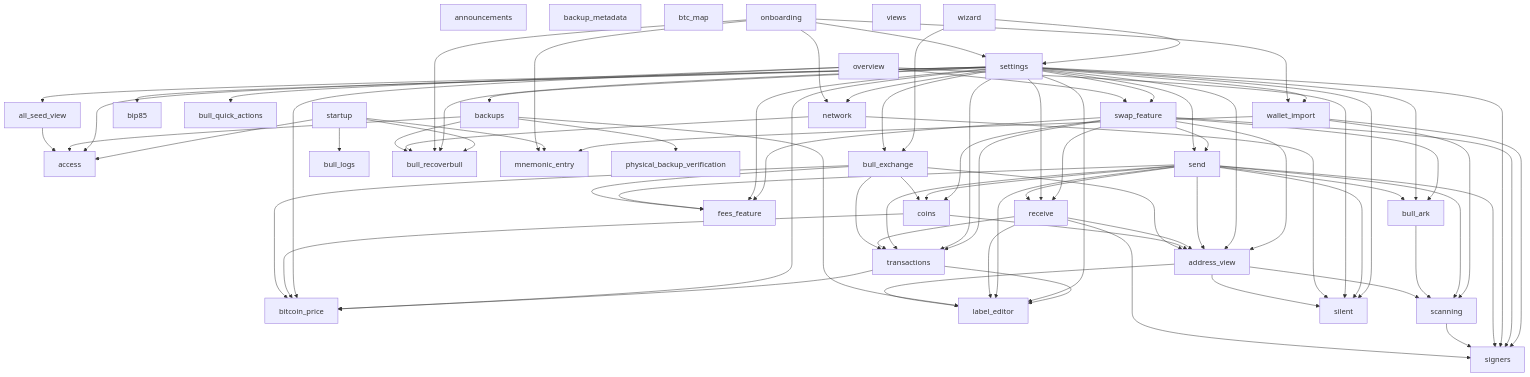
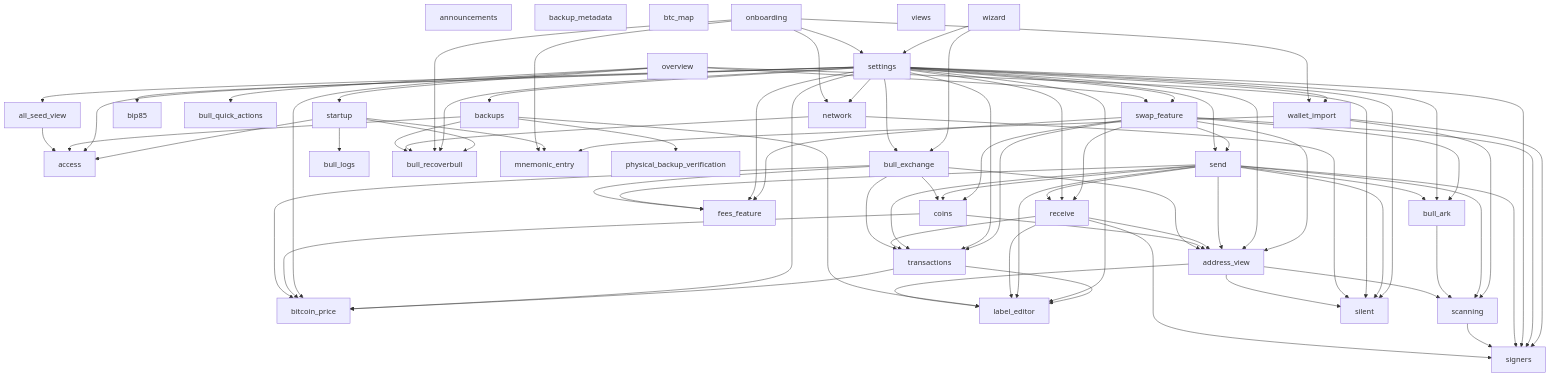
The first of 2 diagrams in WORKSPACE.md (ethicnology-agent/bullbitcoin-mobile), drawn with Mermaid before and after one commit. The commit also changed 8 other files, not shown here.

```diff
--- a/WORKSPACE.md
+++ b/WORKSPACE.md
@@ -70,6 +70,7 @@
   pkg_overview --> pkg_bitcoin_price
   pkg_overview --> pkg_bull_quick_actions
   pkg_overview --> pkg_silent
+  pkg_overview --> pkg_startup
   pkg_overview --> pkg_swap_feature
   pkg_receive --> pkg_address_view
   pkg_receive --> pkg_label_editor
```
